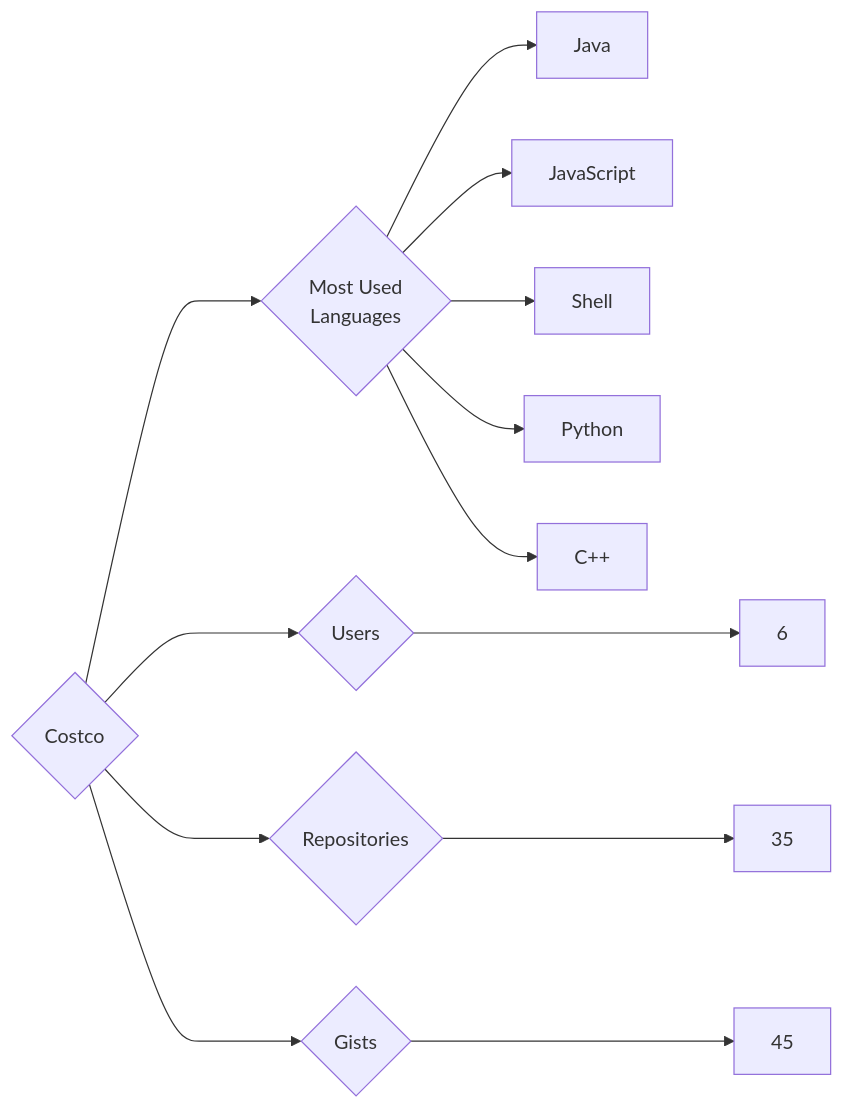
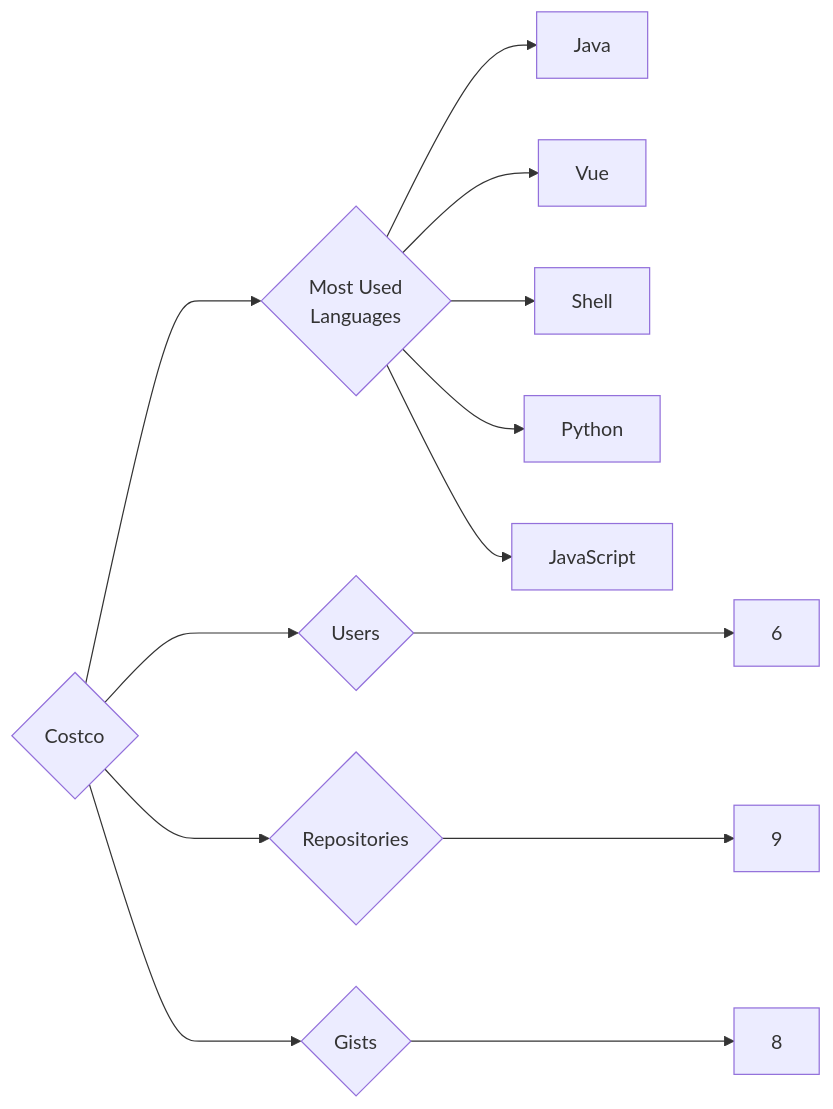
Before and after one commit to trickest/insiders: the diagram in targets/Costco/README.md, drawn with Mermaid. The commit also changed 859 other files, not shown here.

````diff
--- a/targets/Costco/README.md
+++ b/targets/Costco/README.md
@@ -3,13 +3,13 @@
 ```mermaid
 graph LR
 COMPANY_NAME{Costco}
 COMPANY_NAME ---> U{Users} ---> UN[6]
-COMPANY_NAME ---> R{Repositories} ---> RN[35]
-COMPANY_NAME ---> G{Gists} ---> GN[45]
+COMPANY_NAME ---> R{Repositories} ---> RN[9]
+COMPANY_NAME ---> G{Gists} ---> GN[8]
 COMPANY_NAME ---> ML{Most Used<br>Languages}
 ML --> Java[Java]
-ML --> JavaScript[JavaScript]
+ML --> Vue[Vue]
 ML --> Shell[Shell]
 ML --> Python[Python]
-ML --> C++[C++]
+ML --> JavaScript[JavaScript]
 ```
````
